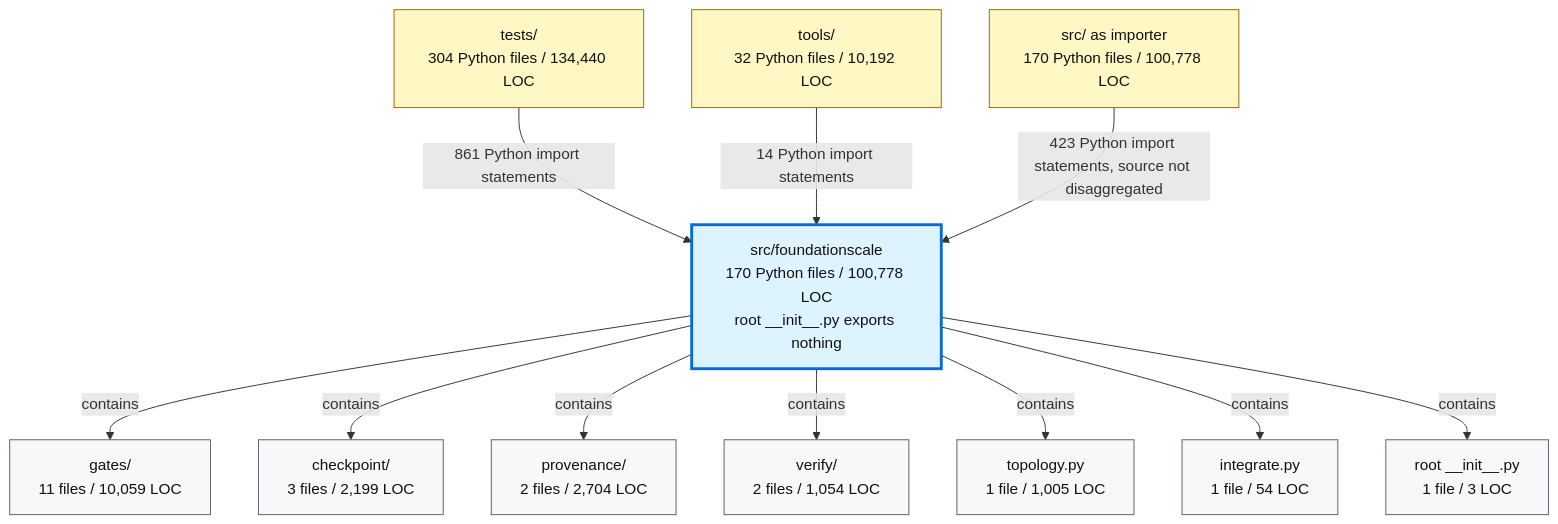
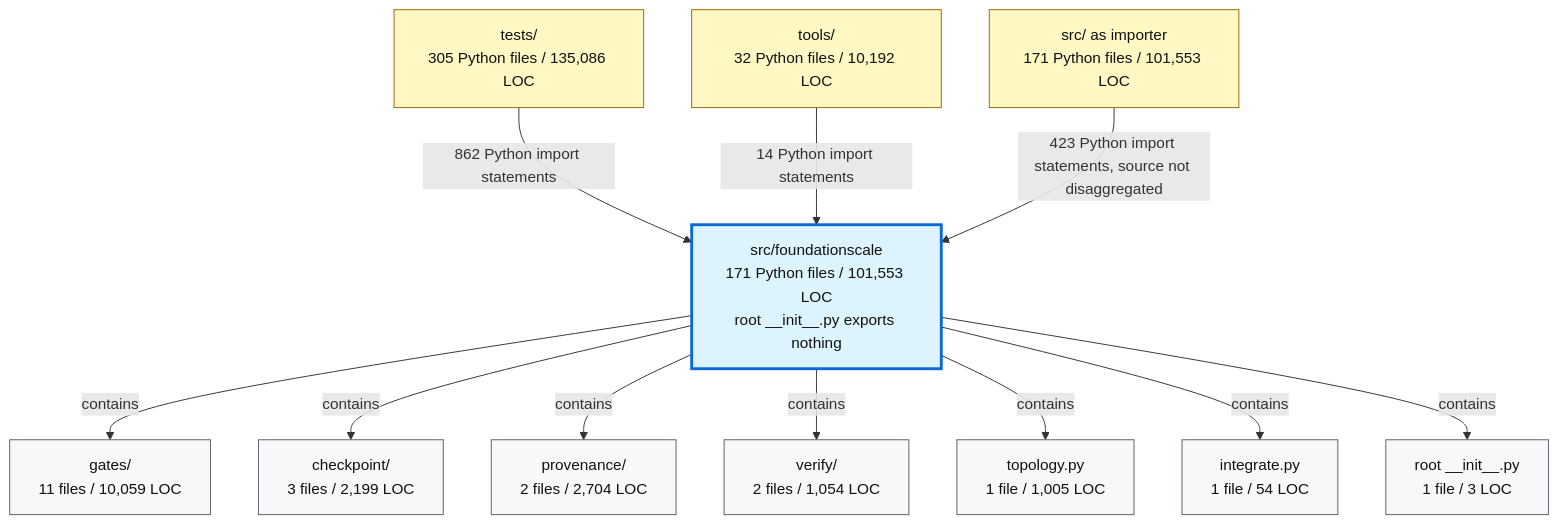
One commit to TranNhiem/FoundationScale changed the second of 2 diagrams in docs/review/D2_current_architecture.md. Above: the diagram before and after it, drawn with Mermaid. The commit also changed other lines of this file and 10 other files, not shown here.

````diff
--- a/docs/review/D2_current_architecture.md
+++ b/docs/review/D2_current_architecture.md
@@ -97,36 +97,36 @@
 ```mermaid
 flowchart TB
-  TESTS["tests/<br/>304 Python files / 134,440 LOC"]
+  TESTS["tests/<br/>305 Python files / 135,086 LOC"]
   TOOLS["tools/<br/>32 Python files / 10,192 LOC"]
-  SRC["src/ as importer<br/>170 Python files / 100,778 LOC"]
+  SRC["src/ as importer<br/>171 Python files / 101,553 LOC"]
 
-  FS["src/foundationscale<br/>170 Python files / 100,778 LOC<br/>root __init__.py exports nothing"]
+  FS["src/foundationscale<br/>171 Python files / 101,553 LOC<br/>root __init__.py exports nothing"]
 
   GATES["gates/<br/>11 files / 10,059 LOC"]
   CKPT["checkpoint/<br/>3 files / 2,199 LOC"]
   PROV["provenance/<br/>2 files / 2,704 LOC"]
   VERIFY["verify/<br/>2 files / 1,054 LOC"]
   TOPO["topology.py<br/>1 file / 1,005 LOC"]
   INTEG["integrate.py<br/>1 file / 54 LOC"]
   ROOT["root __init__.py<br/>1 file / 3 LOC"]
 
-  TESTS -->|"861 Python import statements"| FS
+  TESTS -->|"862 Python import statements"| FS
   TOOLS -->|"14 Python import statements"| FS
   SRC -->|"423 Python import statements, source not disaggregated"| FS
 
   FS -->|"contains"| GATES
   FS -->|"contains"| CKPT
   FS -->|"contains"| PROV
   FS -->|"contains"| VERIFY
   FS -->|"contains"| TOPO
   FS -->|"contains"| INTEG
   FS -->|"contains"| ROOT
 
   classDef consumer fill:#fff8c5,stroke:#9a6700,color:#111;
   classDef package fill:#ddf4ff,stroke:#0969da,stroke-width:3px,color:#111;
   classDef module fill:#f6f8fa,stroke:#57606a,color:#111;
 
   class TESTS,TOOLS,SRC consumer;
   class FS package;
   class GATES,CKPT,PROV,VERIFY,TOPO,INTEG,ROOT module;
 ```
````
